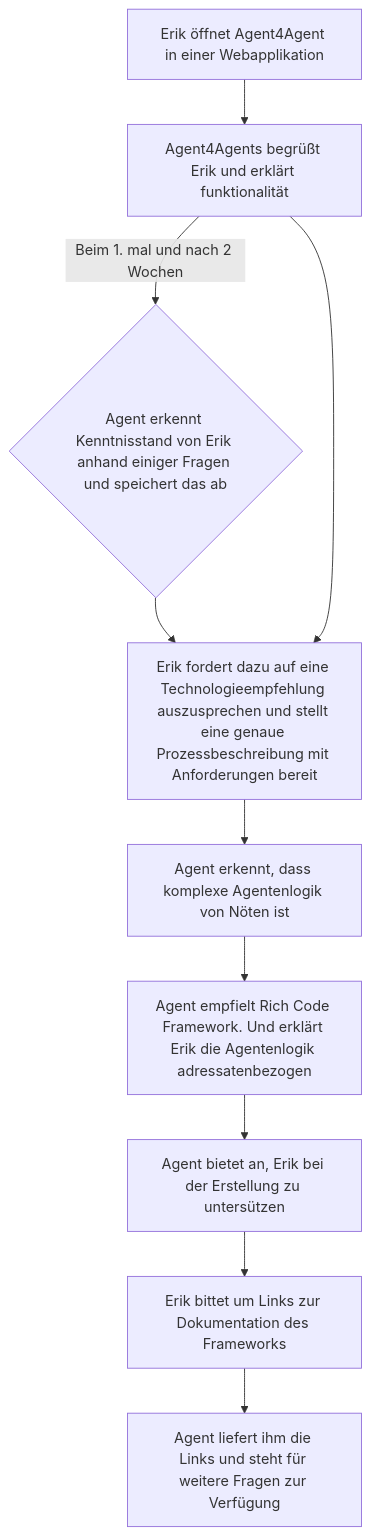
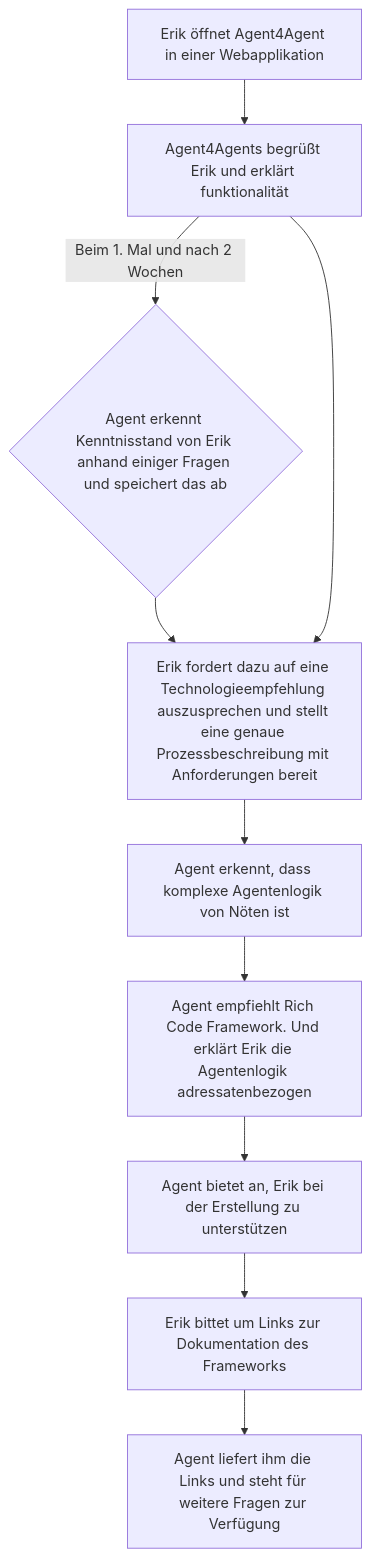
Before and after one commit to agentic-ai-ws2526-group-c/agent4agents-documentation: the fourth of 4 diagrams in Ideation/User Personas and UseCases.md, drawn with Mermaid. The commit also changed other lines of this file, not shown here.

````diff
--- a/Ideation/User Personas and UseCases.md
+++ b/Ideation/User Personas and UseCases.md
@@ -115,12 +115,12 @@
 ```mermaid
 graph TD
     A[Erik öffnet Agent4Agent in einer Webapplikation] --> B[Agent4Agents begrüßt Erik und erklärt funktionalität];
-    B -- "Beim 1. mal und nach 2 Wochen" --> C{Agent erkennt Kenntnisstand von Erik anhand einiger Fragen und speichert das ab};
+    B -- "Beim 1. Mal und nach 2 Wochen" --> C{Agent erkennt Kenntnisstand von Erik anhand einiger Fragen und speichert das ab};
     C --> D[Erik fordert dazu auf eine Technologieempfehlung auszusprechen und stellt eine genaue Prozessbeschreibung mit Anforderungen bereit];
     B --> D;
     D --> E[Agent erkennt, dass komplexe Agentenlogik von Nöten ist];
-    E --> F[Agent empfielt Rich Code Framework. Und erklärt Erik die Agentenlogik adressatenbezogen];
-    F --> G[Agent bietet an, Erik bei der Erstellung zu untersützen];
+    E --> F[Agent empfiehlt Rich Code Framework. Und erklärt Erik die Agentenlogik adressatenbezogen];
+    F --> G[Agent bietet an, Erik bei der Erstellung zu unterstützen];
     G --> H[Erik bittet um Links zur Dokumentation des Frameworks];
     H --> I[Agent liefert ihm die Links und steht für weitere Fragen zur Verfügung];
 ```
````
